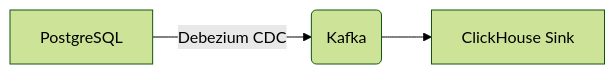
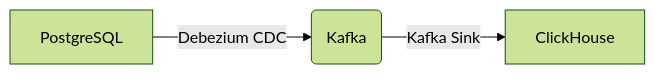
The first of 2 diagrams in real_time_pipeline/README.md (ajihsan/ultimate-data-pipeline), drawn with Mermaid (forest theme) before and after one commit. The commit also changed other lines of this file, not shown here.

Commit message:
update graph in readme

````diff
--- a/real_time_pipeline/README.md
+++ b/real_time_pipeline/README.md
@@ -23,5 +23,5 @@
 ```mermaid
 graph LR
     A[PostgreSQL] -->|Debezium CDC| B(Kafka)
-    B --> C[ClickHouse Sink]
+    B -->|Kafka Sink| C[ClickHouse]
 ```
````
